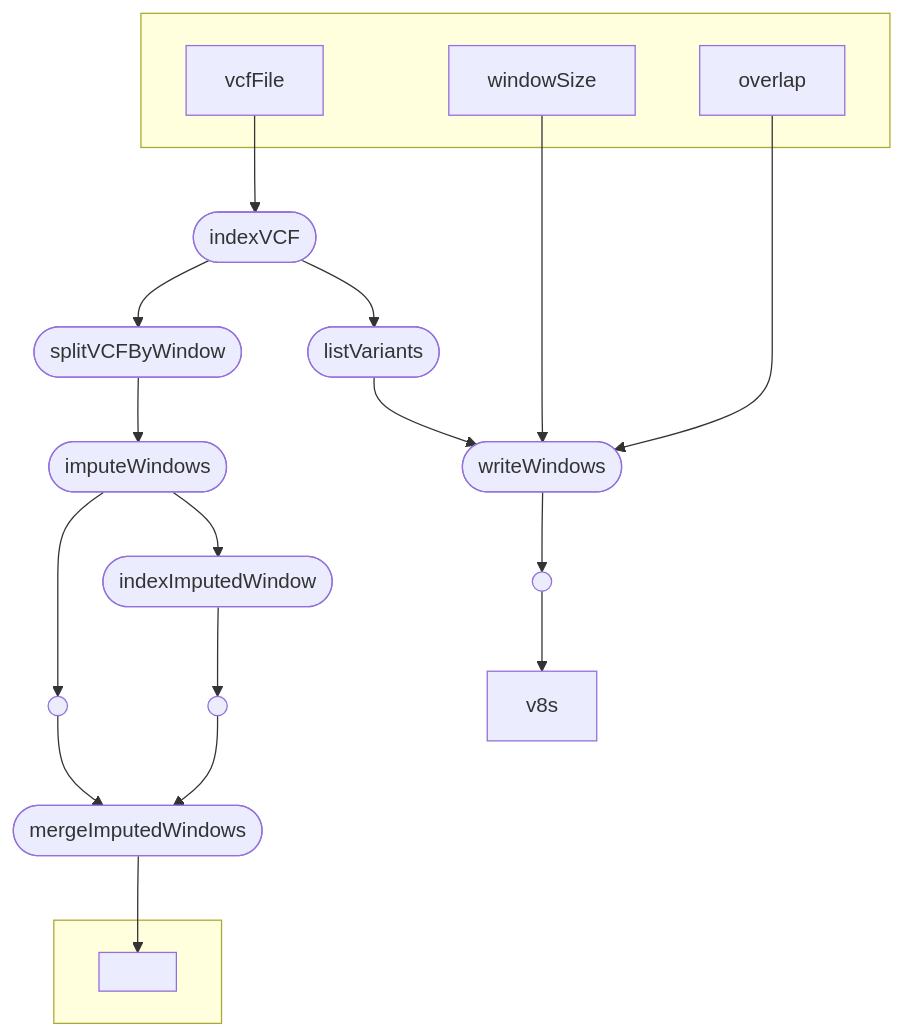
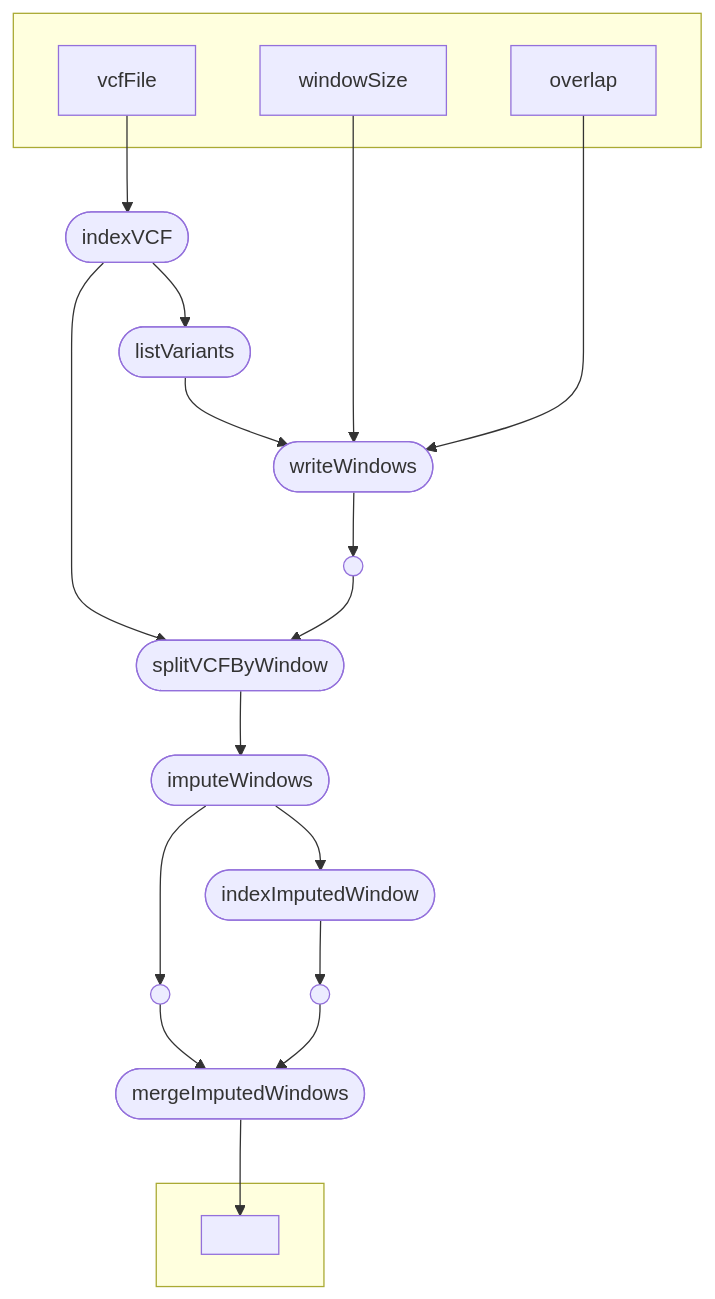
The diagram in README.md (IPK-BIT/DivImpute), drawn with Mermaid before and after one commit. The commit also changed other lines of this file, not shown here.

````diff
--- a/README.md
+++ b/README.md
@@ -6,36 +6,36 @@
 ```mermaid
 flowchart TB
     subgraph " "
     v0["vcfFile"]
     v3["windowSize"]
     v4["overlap"]
     end
     v1([indexVCF])
     v2([listVariants])
     v5([writeWindows])
     v8([splitVCFByWindow])
     v9([imputeWindows])
     v11([indexImputedWindow])
     v13([mergeImputedWindows])
     subgraph " "
     v14[" "]
     end
     v6(( ))
     v10(( ))
     v12(( ))
     v0 --> v1
     v1 --> v2
     v1 --> v8
     v2 --> v5
     v3 --> v5
     v4 --> v5
     v5 --> v6
-    v6 --> v8s
+    v6 --> v8
     v8 --> v9
     v9 --> v11
     v9 --> v10
     v11 --> v12
     v10 --> v13
     v12 --> v13
     v13 --> v14
 ```
````
